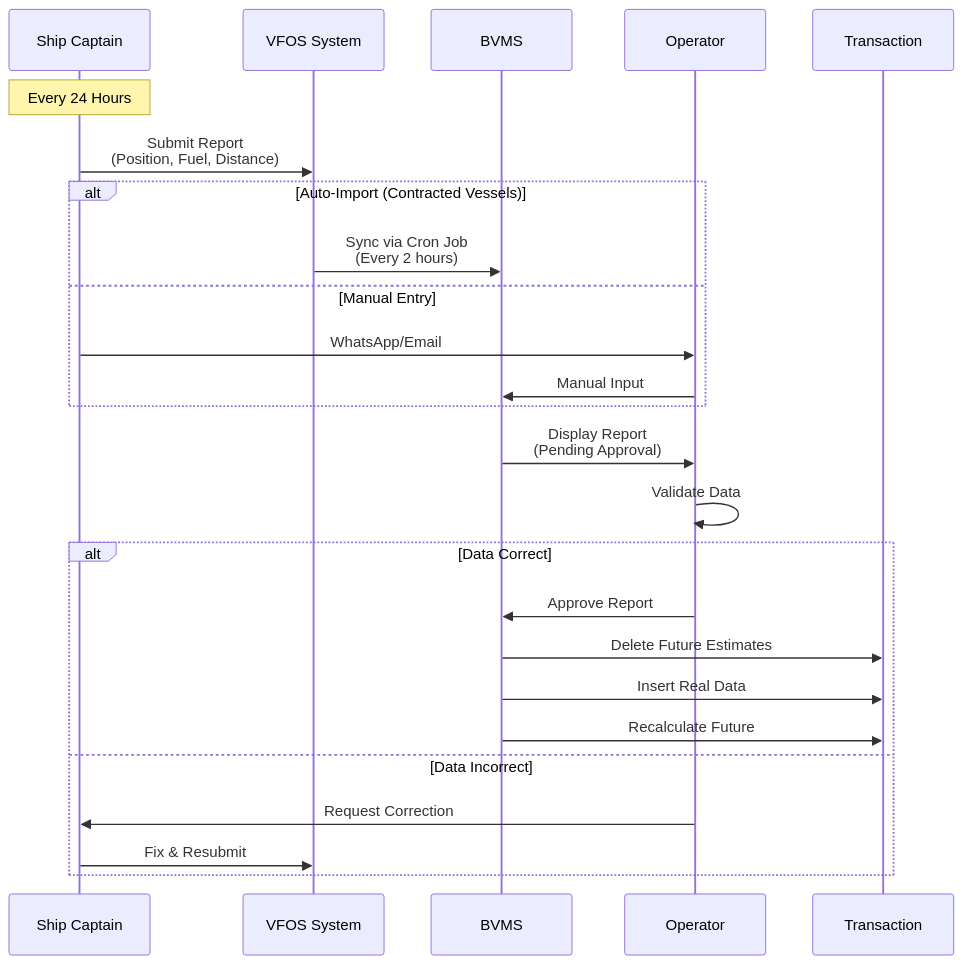
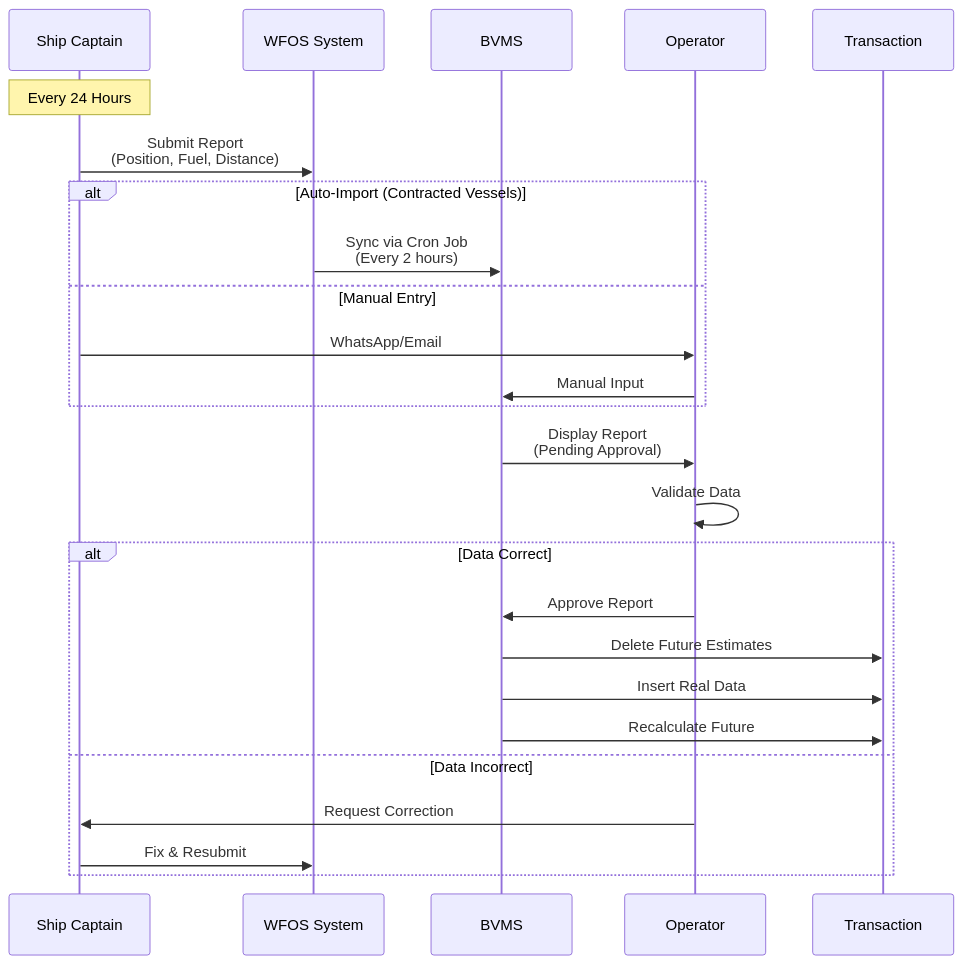
The second of 22 diagrams in transcribe/VesselReport_Final_Documentation.md (NguyenPhamCode4You/ai-home-lab-docker-compose), drawn with Mermaid before and after one commit. The commit also changed other lines of this file, not shown here.

````diff
--- a/transcribe/VesselReport_Final_Documentation.md
+++ b/transcribe/VesselReport_Final_Documentation.md
@@ -108,31 +109,31 @@
 ```mermaid
 sequenceDiagram
     participant Cap as Ship Captain
-    participant VF as VFOS System
+    participant VF as WFOS System
     participant BV as BVMS
     participant Op as Operator
     participant Txn as Transaction
 
     Note over Cap: Every 24 Hours
     Cap->>VF: Submit Report<br/>(Position, Fuel, Distance)
 
     alt Auto-Import (Contracted Vessels)
         VF->>BV: Sync via Cron Job<br/>(Every 2 hours)
     else Manual Entry
         Cap->>Op: WhatsApp/Email
         Op->>BV: Manual Input
     end
 
     BV->>Op: Display Report<br/>(Pending Approval)
     Op->>Op: Validate Data
 
     alt Data Correct
         Op->>BV: Approve Report
         BV->>Txn: Delete Future Estimates
         BV->>Txn: Insert Real Data
         BV->>Txn: Recalculate Future
     else Data Incorrect
         Op->>Cap: Request Correction
         Cap->>VF: Fix & Resubmit
     end
 ```
````
